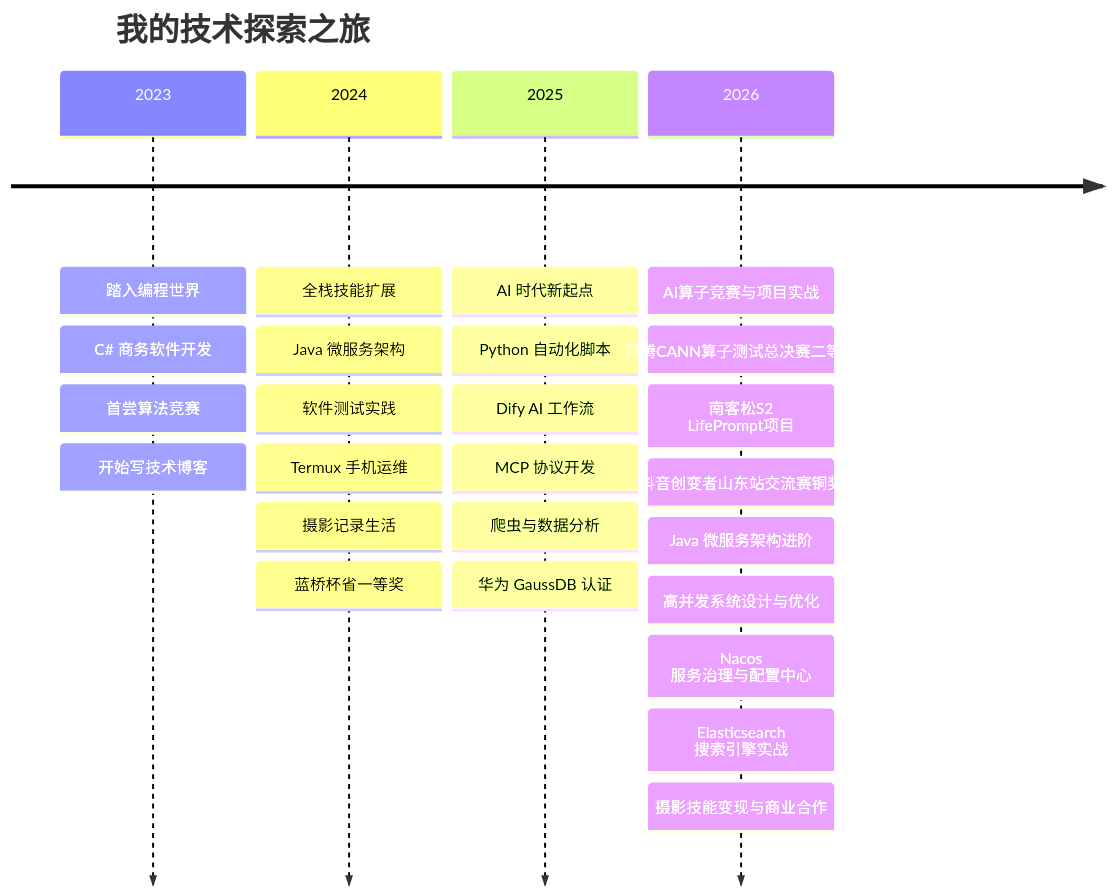
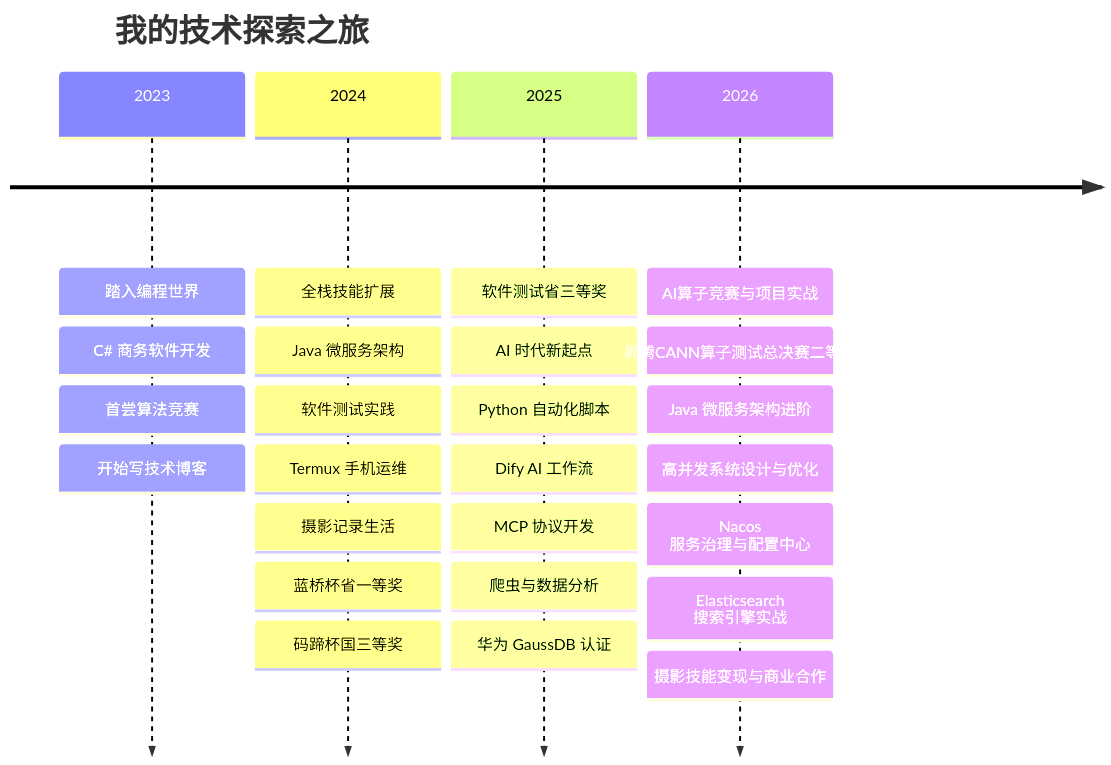
One commit to lggyx/lggyx changed the diagram in README.md. Above: the diagram before and after it, drawn with Mermaid.

Commit message:
docs(README): 更新个人履历和获奖信息
- 添加码蹄杯国三等奖和软件测试省三等奖经历
- 移除南客松S2 LifePrompt项目和抖音创变者山东站交流赛铜奖

````diff
--- a/README.md
+++ b/README.md
@@ -79,29 +79,29 @@
 ```mermaid
 timeline
     title 我的技术探索之旅
     2023 : 踏入编程世界
          : C# 商务软件开发
          : 首尝算法竞赛
          : 开始写技术博客
     2024 : 全栈技能扩展
          : Java 微服务架构
          : 软件测试实践
          : Termux 手机运维
          : 摄影记录生活
          : 蓝桥杯省一等奖
-    2025 : AI 时代新起点
+	 : 码蹄杯国三等奖
+    2025 : 软件测试省三等奖
+	 : AI 时代新起点
          : Python 自动化脚本
          : Dify AI 工作流
          : MCP 协议开发
          : 爬虫与数据分析
          : 华为 GaussDB 认证
     2026 : AI算子竞赛与项目实战
          : 昇腾CANN算子测试总决赛二等奖
-         : 南客松S2 LifePrompt项目
-         : 抖音创变者山东站交流赛铜奖
          : Java 微服务架构进阶
          : 高并发系统设计与优化
          : Nacos 服务治理与配置中心
          : Elasticsearch 搜索引擎实战
          : 摄影技能变现与商业合作
 ```
````
